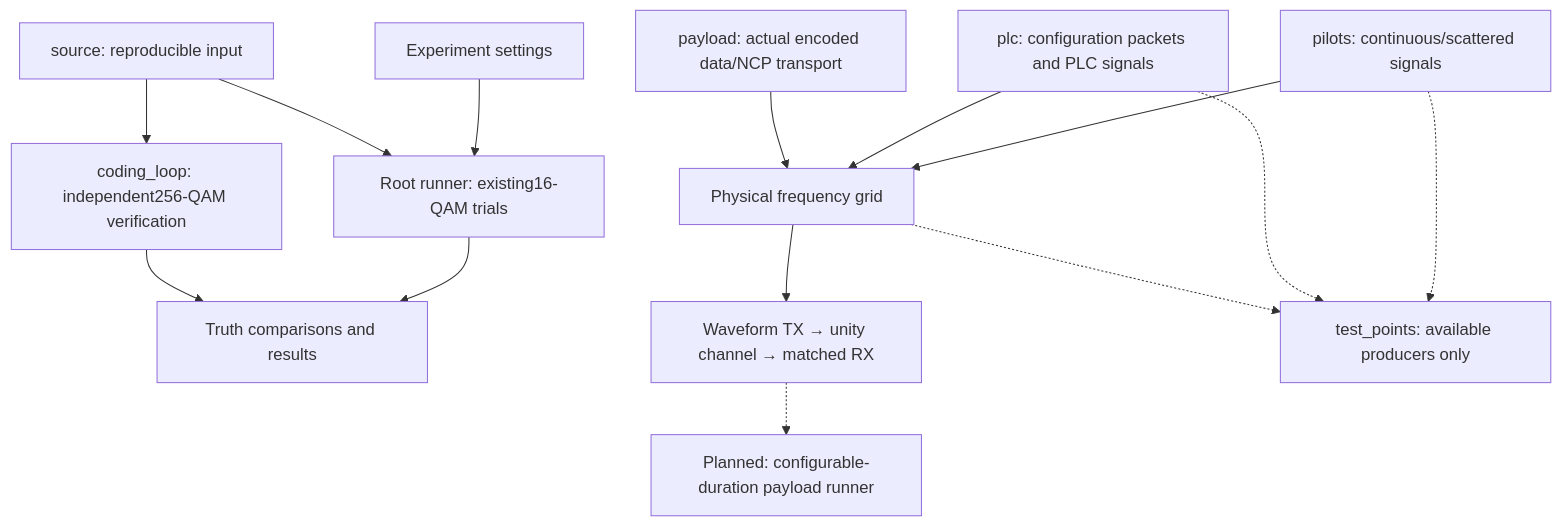
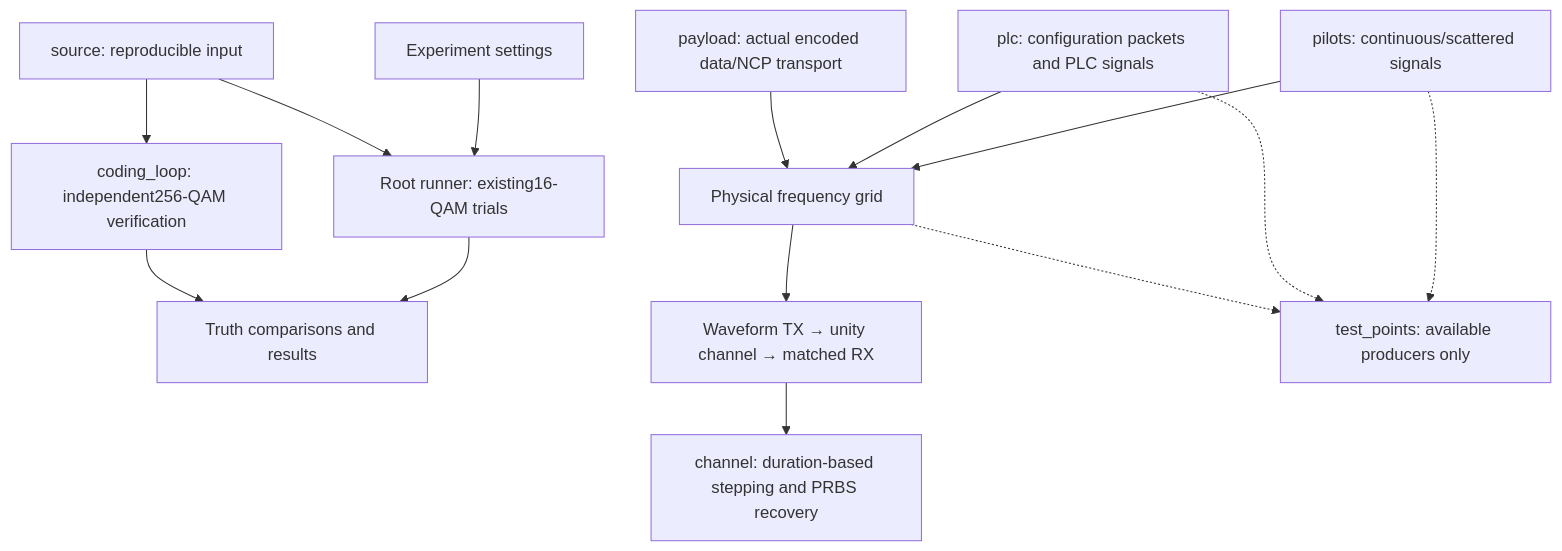
The diagram in docs/user/simulation/README.md (mgarcia01752/merlin), drawn with Mermaid before and after one commit. The commit also changed other lines of this file and 34 other files, not shown here.

````diff
--- a/docs/user/simulation/README.md
+++ b/docs/user/simulation/README.md
@@ -23,16 +24,16 @@
 ```mermaid
 flowchart TB
     INPUT["Experiment settings"] --> RUN["Root runner: existing16-QAM trials"]
     SOURCE["source: reproducible input"] --> RUN
     SOURCE --> LOOP["coding_loop: independent256-QAM verification"]
     RUN --> RESULTS["Truth comparisons and results"]
     LOOP --> RESULTS
     PILOTS["pilots: continuous/scattered signals"] --> GRID["Physical frequency grid"]
     PLC["plc: configuration packets and PLC signals"] --> GRID
     CELLS["payload: actual encoded data/NCP transport"] --> GRID
     GRID --> WAVE["Waveform TX → unity channel → matched RX"]
-    WAVE -.-> FUTURE["Planned: configurable-duration payload runner"]
+    WAVE --> CHANNEL["channel: duration-based stepping and PRBS recovery"]
     PILOTS -.-> POINTS["test_points: available producers only"]
     PLC -.-> POINTS
     GRID -.-> POINTS
 ```
````
